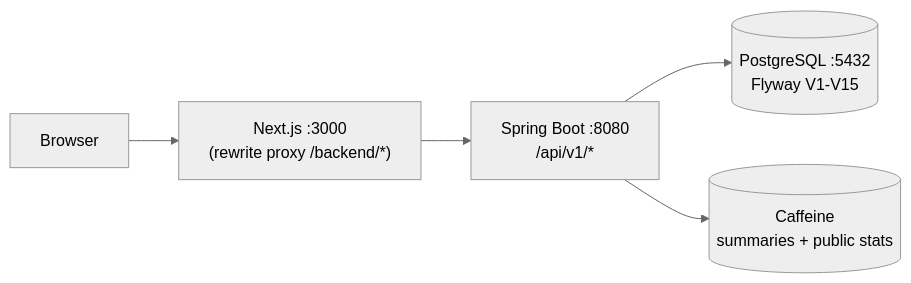
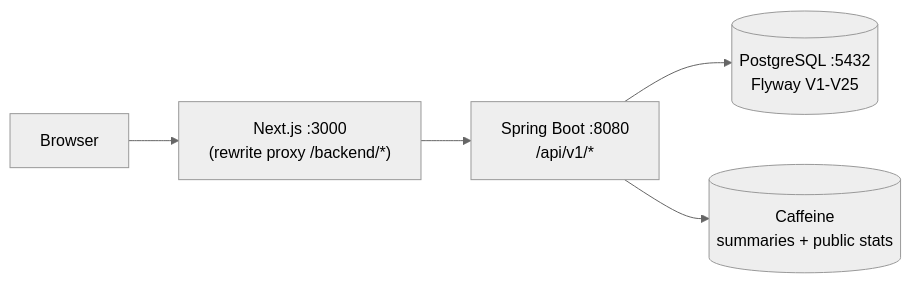
One commit to azerish25-ux/online-banking-simulator changed the diagram in README.md. Above: the diagram before and after it, drawn with Mermaid (neutral theme). The commit also changed other lines of this file and 6 other files, not shown here.

````diff
--- a/README.md
+++ b/README.md
@@ -35,7 +35,7 @@
 ```mermaid
 flowchart LR
     Browser --> Next["Next.js :3000<br/>(rewrite proxy /backend/*)"]
     Next --> API["Spring Boot :8080<br/>/api/v1/*"]
-    API --> PG[("PostgreSQL :5432<br/>Flyway V1-V15")]
+    API --> PG[("PostgreSQL :5432<br/>Flyway V1-V25")]
     API --> Cache[("Caffeine<br/>summaries + public stats")]
 ```
````
